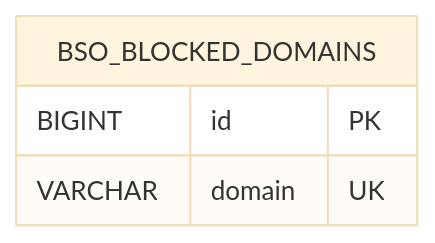
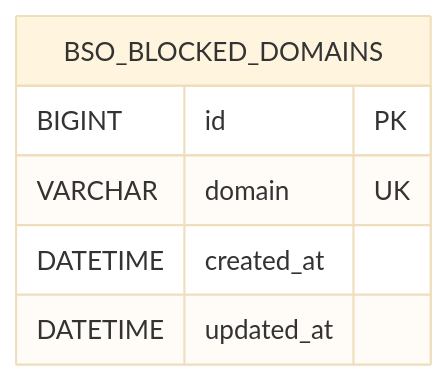
Before and after one commit to byteway/bso-wp-blocked-domains: the second of 11 diagrams in document/Functional_Design.md, drawn with Mermaid (base theme). The commit also changed other lines of this file and 2 other files, not shown here.

````diff
--- a/document/Functional_Design.md
+++ b/document/Functional_Design.md
@@ -107,7 +98,9 @@
 ```mermaid
 erDiagram
 	BSO_BLOCKED_DOMAINS {
 		BIGINT id PK
 		VARCHAR domain UK
+		DATETIME created_at
+		DATETIME updated_at
 	}
 ```
````
